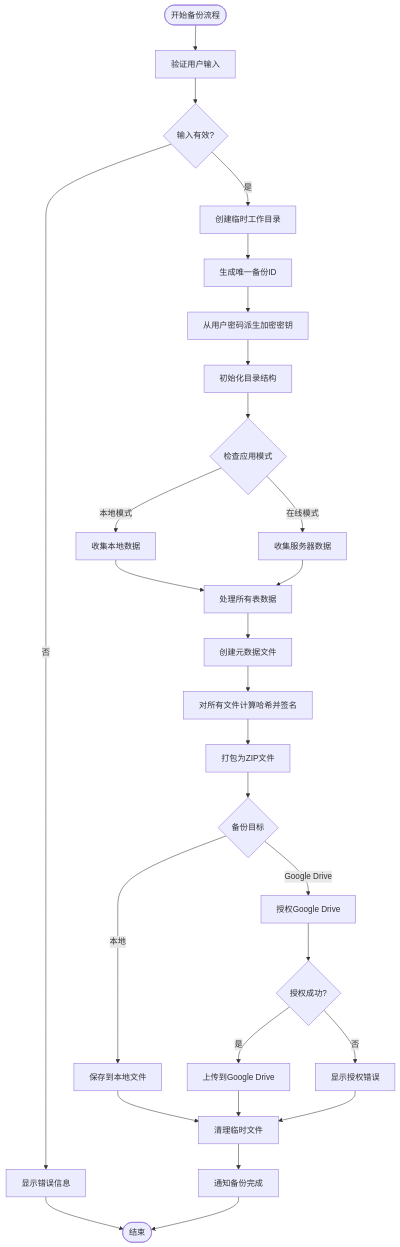
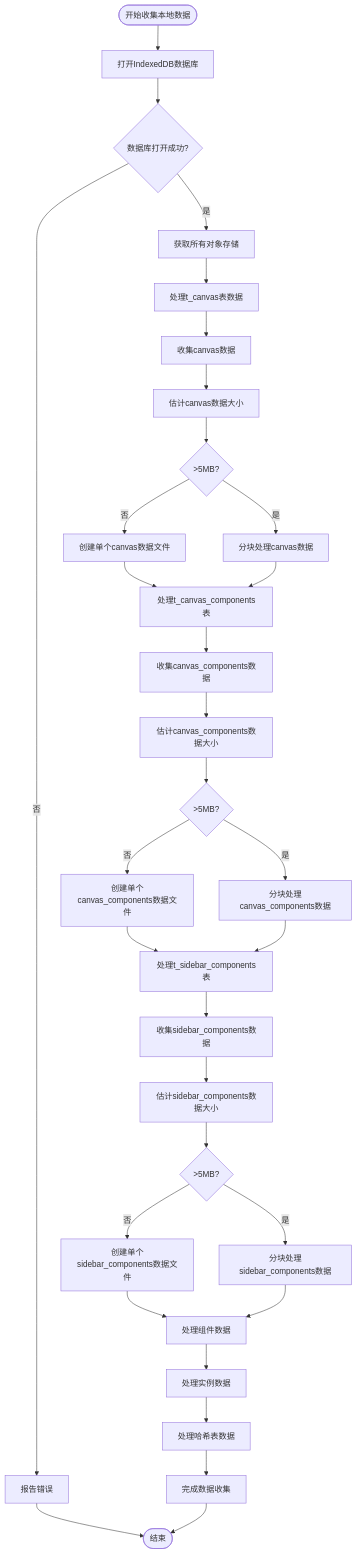
Before and after one commit to yingjianzh/iodraw-files: the diagram in all/未命名-52.md, drawn with Mermaid.

Commit message:
2025-05-09 14:44:42 update

````diff
--- a/all/未命名-52.md
+++ b/all/未命名-52.md
@@ -1,40 +1,47 @@
 ```mermaid
 flowchart TD
-    Start([开始备份流程]) --> ValidateInput[验证用户输入]
-    ValidateInput --> InputValid{输入有效?}
+    Start([开始收集本地数据]) --> OpenDB[打开IndexedDB数据库]
+    OpenDB --> DBStatus{数据库打开成功?}
     
-    InputValid -->|否| ShowError[显示错误信息]
-    InputValid -->|是| CreateTempDir[创建临时工作目录]
+    DBStatus -->|否| ReportError[报告错误]
+    DBStatus -->|是| GetStores[获取所有对象存储]
     
-    ShowError --> End([结束])
+    ReportError --> End([结束])
     
-    CreateTempDir --> GenerateBackupID[生成唯一备份ID]
-    GenerateBackupID --> DeriveKey[从用户密码派生加密密钥]
-    DeriveKey --> InitializeStructure[初始化目录结构]
+    GetStores --> ProcessCanvasData[处理t_canvas表数据]
+    ProcessCanvasData --> CCanvasData[收集canvas数据]
+    CCanvasData --> EstimateCanvasSize[估计canvas数据大小]
     
-    InitializeStructure --> CheckMode{检查应用模式}
-    CheckMode -->|本地模式| CollectLocalData[收集本地数据]
-    CheckMode -->|在线模式| CollectServerData[收集服务器数据]
+    EstimateCanvasSize --> CanvasSize{>5MB?}
+    CanvasSize -->|否| SingleCanvasFile[创建单个canvas数据文件]
+    CanvasSize -->|是| ChunkCanvasData[分块处理canvas数据]
     
-    CollectLocalData --> ProcessAllTables[处理所有表数据]
-    CollectServerData --> ProcessAllTables
+    SingleCanvasFile --> ProcessCanvasComponents[处理t_canvas_components表]
+    ChunkCanvasData --> ProcessCanvasComponents
     
-    ProcessAllTables --> CreateMetadata[创建元数据文件]
-    CreateMetadata --> SignFiles[对所有文件计算哈希并签名]
-    SignFiles --> PackageBackup[打包为ZIP文件]
+    ProcessCanvasComponents --> CCCData[收集canvas_components数据]
+    CCCData --> EstimateCCCSize[估计canvas_components数据大小]
     
-    PackageBackup --> BackupDestination{备份目标}
-    BackupDestination -->|本地| SaveLocal[保存到本地文件]
-    BackupDestination -->|Google Drive| AuthGDrive[授权Google Drive]
+    EstimateCCCSize --> CCCSize{>5MB?}
+    CCCSize -->|否| SingleCCCFile[创建单个canvas_components数据文件]
+    CCCSize -->|是| ChunkCCCData[分块处理canvas_components数据]
     
-    AuthGDrive --> GDriveAuth{授权成功?}
-    GDriveAuth -->|否| ShowAuthError[显示授权错误]
-    GDriveAuth -->|是| UploadToGDrive[上传到Google Drive]
+    SingleCCCFile --> ProcessSidebarComponents[处理t_sidebar_components表]
+    ChunkCCCData --> ProcessSidebarComponents
     
-    SaveLocal --> CleanupTemp[清理临时文件]
-    UploadToGDrive --> CleanupTemp
-    ShowAuthError --> CleanupTemp
+    ProcessSidebarComponents --> CSCData[收集sidebar_components数据]
+    CSCData --> EstimateSCCSize[估计sidebar_components数据大小]
     
-    CleanupTemp --> NotifyComplete[通知备份完成]
-    NotifyComplete --> End
+    EstimateSCCSize --> SCCSize{>5MB?}
+    SCCSize -->|否| SingleSCCFile[创建单个sidebar_components数据文件]
+    SCCSize -->|是| ChunkSCCData[分块处理sidebar_components数据]
+    
+    SingleSCCFile --> ProcessComponentData[处理组件数据]
+    ChunkSCCData --> ProcessComponentData
+    
+    ProcessComponentData --> ProcessInstanceData[处理实例数据]
+    ProcessInstanceData --> ProcessHashTables[处理哈希表数据]
+    
+    ProcessHashTables --> CompleteCollection[完成数据收集]
+    CompleteCollection --> End
 ```
````
